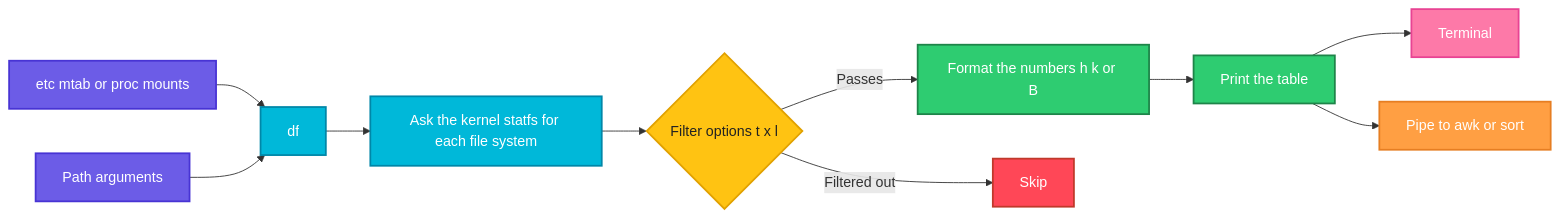
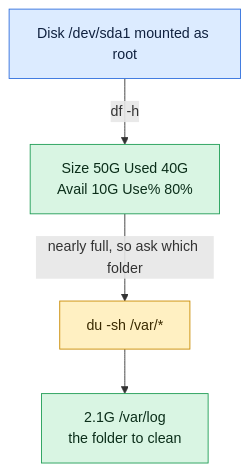
Before and after one commit to codeKerdosTech/DevOps-Documentation: the diagram in linux/system-info/df.md, drawn with Mermaid. The commit also changed other lines of this file and 165 other files, not shown here.

Commit message:
updated diagrams in linux

````diff
--- a/linux/system-info/df.md
+++ b/linux/system-info/df.md
@@ -25,26 +25,14 @@
 ```mermaid
-flowchart LR
-    A[etc mtab or proc mounts] --> B[df]
-    C[Path arguments] --> B
-    B --> D[Ask the kernel statfs for each file system]
-    D --> E{Filter options t x l}
-    E -->|Passes| F[Format the numbers h k or B]
-    E -->|Filtered out| G[Skip]
-    F --> H[Print the table]
-    H --> I[Terminal]
-    H --> J[Pipe to awk or sort]
-    classDef start fill:#6C5CE7,stroke:#4834D4,stroke-width:2px,color:#fff
-    classDef proc fill:#00B8D9,stroke:#0087A8,stroke-width:2px,color:#fff
-    classDef dec fill:#FFC312,stroke:#E1A100,stroke-width:2px,color:#222
-    classDef ok fill:#2ECC71,stroke:#1E8449,stroke-width:2px,color:#fff
-    classDef err fill:#FF4757,stroke:#C0392B,stroke-width:2px,color:#fff
-    classDef out fill:#FD79A8,stroke:#E84393,stroke-width:2px,color:#fff
-    classDef alt fill:#FF9F43,stroke:#E67E22,stroke-width:2px,color:#fff
-    class A,C start
-    class B,D proc
-    class E dec
-    class F,H ok
-    class G err
-    class I out
-    class J alt
+flowchart TD
+    i1[Disk /dev/sda1 mounted as root] -->|df -h| o1[Size 50G   Used 40G<br/>Avail 10G   Use% 80%]
+    o1 -->|nearly full, so ask which folder| c1[du -sh /var/*]
+    c1 --> o2[2.1G /var/log<br/>the folder to clean]
+    classDef inp fill:#DCEBFF,stroke:#2F6FDE,color:#10213F
+    classDef cmd fill:#FFF0C2,stroke:#C98A00,color:#3A2A00
+    classDef out fill:#D9F5E3,stroke:#1F9D55,color:#0B2E1A
+    classDef bad fill:#FDE0E0,stroke:#D13B3B,color:#4A0F0F
+    classDef note fill:#ECEFF3,stroke:#7B8794,color:#1F2933
+    class i1 inp
+    class o1,o2 out
+    class c1 cmd
 ```
````
